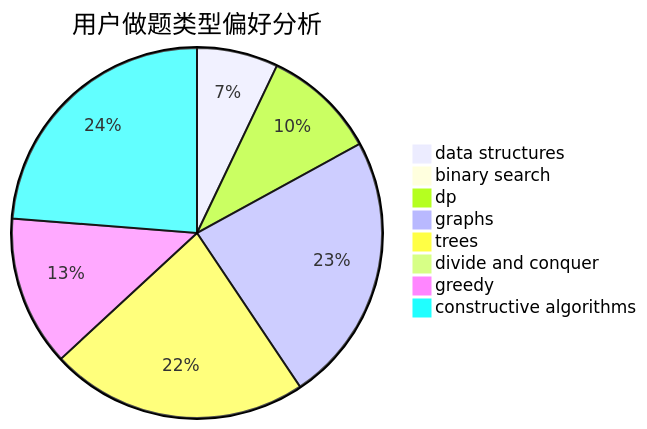
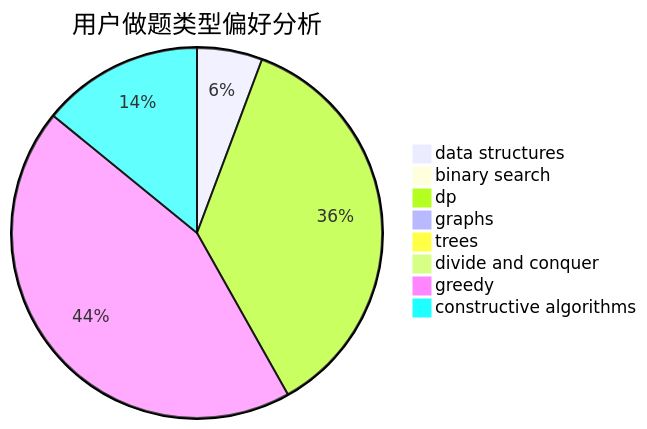
One commit to sherpahu/cfrs.github.io changed the second of 3 diagrams in docs/user/u33.md. Above: the diagram before and after it, drawn with Mermaid. The commit also changed other lines of this file and 2770 other files, not shown here.

````diff
--- a/docs/user/u33.md
+++ b/docs/user/u33.md
@@ -23,11 +23,11 @@
 ```mermaid
 pie title 用户做题类型偏好分析
-    "data structures" :  40
-    "binary search" :  0
-    "dp" :  56
-    "graphs" :  133
-    "trees" :  127
-    "divide and conquer" :  4
-    "greedy" :  74
-    "constructive algorithms" :  134
+    "data structures" :  36
+    "binary search" :  2
+    "dp" :  228
+    "graphs" :  2
+    "trees" :  0
+    "divide and conquer" :  0
+    "greedy" :  278
+    "constructive algorithms" :  89
 ```
````
